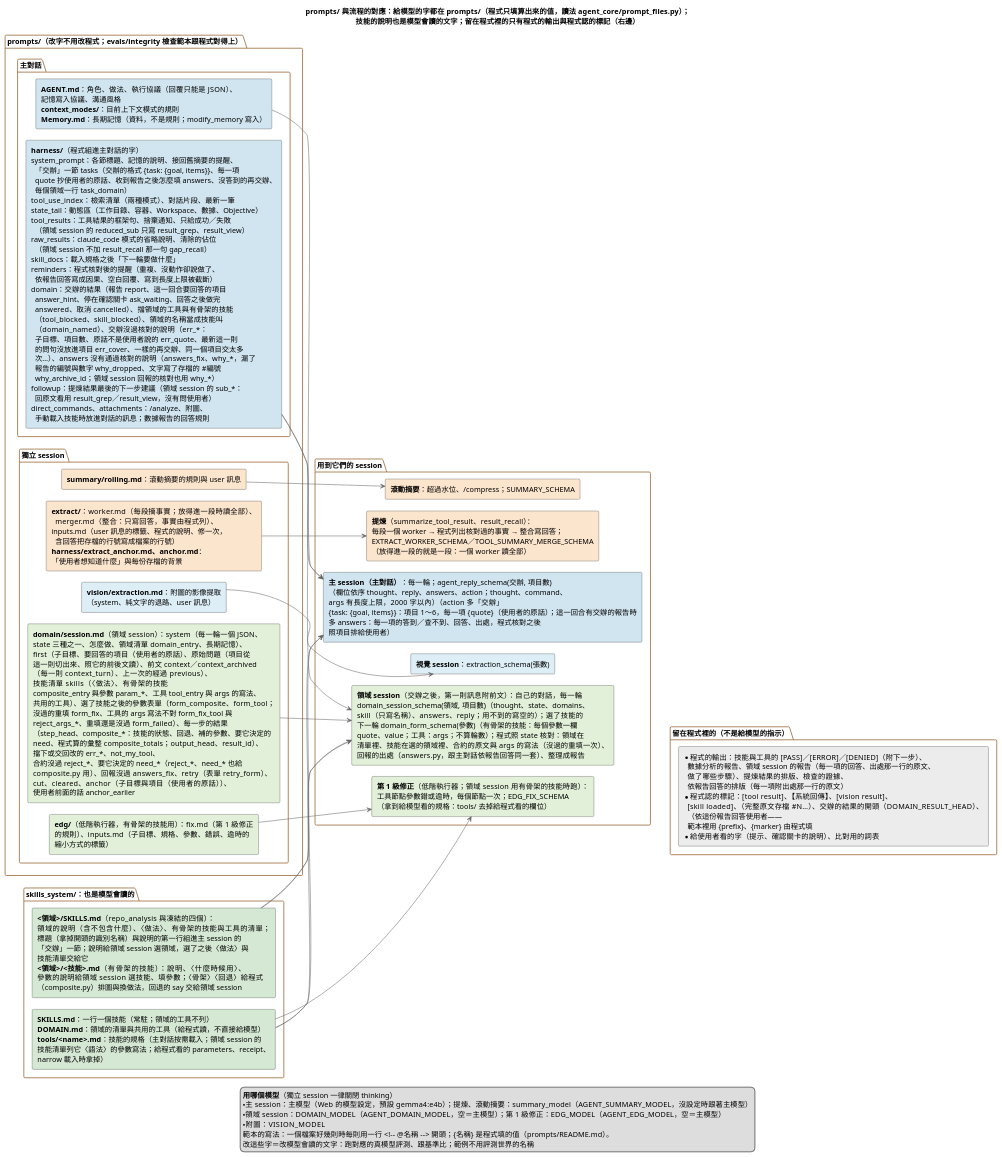
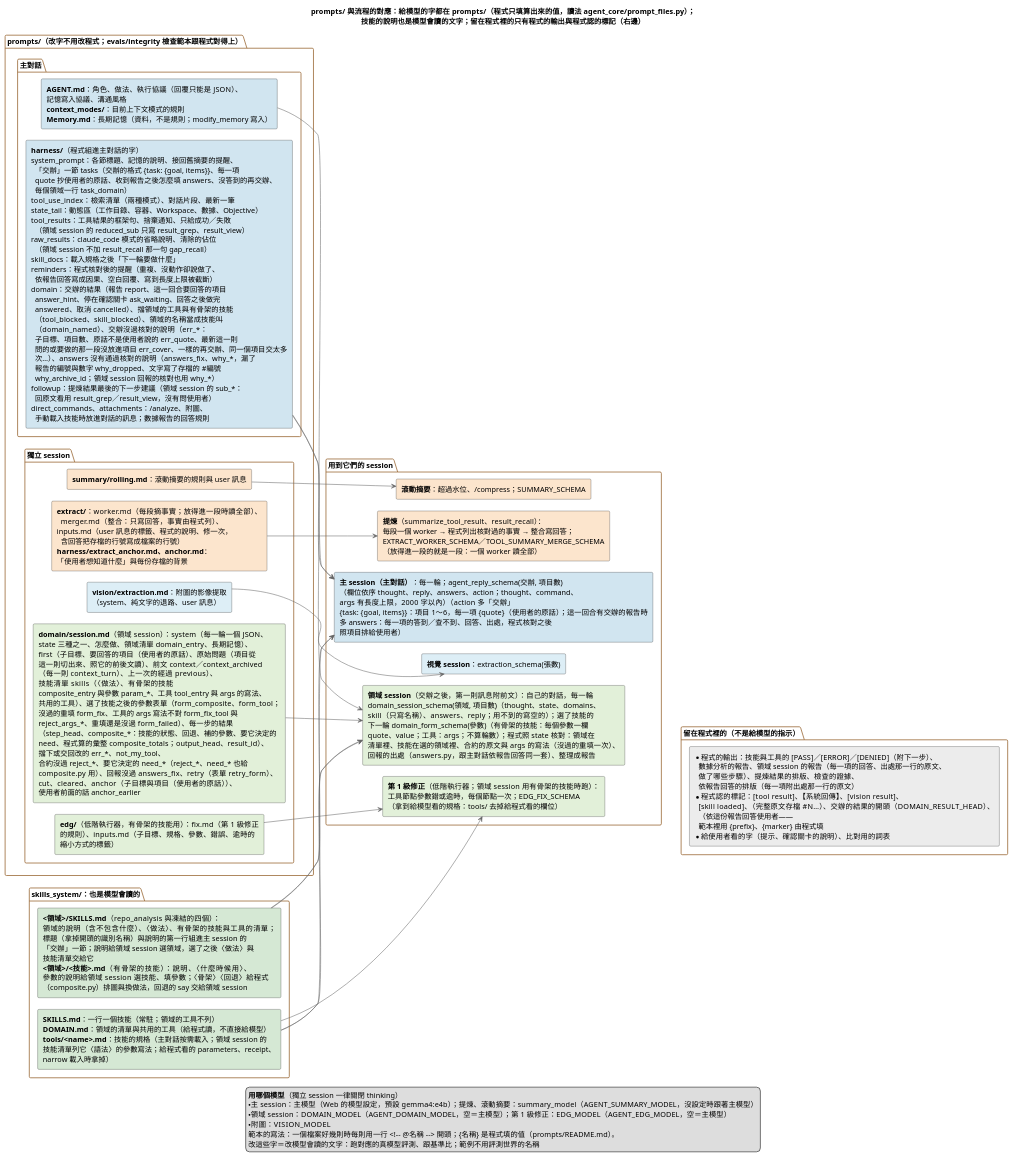
Before and after one commit to DavidZox/Coding_agnet: the diagram in doc/diagrams/prompts與流程的對應.puml, drawn with PlantUML. The commit also changed 22 other files, not shown here.

```diff
--- a/doc/diagrams/prompts與流程的對應.puml
+++ b/doc/diagrams/prompts與流程的對應.puml
@@ -1,190 +1,190 @@
 @startuml
 ' --- 樣式精準控制 ---
 skinparam shadowing false
 skinparam defaultFontName "Microsoft JhengHei"
 skinparam RectangleWidthMax 440
 skinparam PackageBorderColor #996633
 skinparam ArrowColor #666666
 skinparam ranksep 70
 skinparam nodesep 22
 left to right direction
 
 title prompts/ 與流程的對應：給模型的字都在 prompts/（程式只填算出來的值，讀法 agent_core/prompt_files.py）；\n技能的說明也是模型會讀的文字；留在程式裡的只有程式的輸出與程式認的標記（右邊）
 
 package "prompts/（改字不用改程式；evals/integrity 檢查範本跟程式對得上）" {
   package "主對話" {
     rectangle P_AGENT #D1E5F0 [
       **AGENT.md**：角色、做法、執行協議（回覆只能是 JSON）、
       記憶寫入協議、溝通風格
       **context_modes/**：目前上下文模式的規則
       **Memory.md**：長期記憶（資料，不是規則；modify_memory 寫入）
     ]
     rectangle P_HARNESS #D1E5F0 [
       **harness/**（程式組進主對話的字）
       system_prompt：各節標題、記憶的說明、接回舊摘要的提醒、
         「交辦」一節 tasks（交辦的格式 {task: {goal, items}}、每一項
         quote 抄使用者的原話、收到報告之後怎麼填 answers、沒答到的再交辦、
         每個領域一行 task_domain）
       tool_use_index：檢索清單（兩種模式）、對話片段、最新一筆
       state_tail：動態區（工作目錄、容器、Workspace、數據、Objective）
       tool_results：工具結果的框架句、捨棄通知、只給成功／失敗
         （領域 session 的 reduced_sub 只寫 result_grep、result_view）
       raw_results：claude_code 模式的省略說明、清除的佔位
         （領域 session 不加 result_recall 那一句 gap_recall）
       skill_docs：載入規格之後「下一輪要做什麼」
       reminders：程式核對後的提醒（重複、沒動作卻說做了、
         依報告回答寫成因果、空白回覆、寫到長度上限被截斷）
       domain：交辦的結果（報告 report、這一回合要回答的項目
         answer_hint、停在確認關卡 ask_waiting、回答之後做完
         answered、取消 cancelled）、擋領域的工具與有骨架的技能
         （tool_blocked、skill_blocked）、領域的名稱當成技能叫
         （domain_named）、交辦沒過核對的說明（err_*：
         子目標、項目數、原話不是使用者說的 err_quote、最新這一則
-        的問句沒放進項目 err_cover、一樣的再交辦、同一個項目交太多
+        問的或要做的那一段沒放進項目 err_cover、一樣的再交辦、同一個項目交太多
         次…）、answers 沒有通過核對的說明（answers_fix、why_*，漏了
         報告的編號與數字 why_dropped、文字寫了存檔的 #編號
         why_archive_id；領域 session 回報的核對也用 why_*）
       followup：提煉結果最後的下一步建議（領域 session 的 sub_*：
         回原文看用 result_grep／result_view，沒有問使用者）
       direct_commands、attachments：/analyze、附圖、
         手動載入技能時放進對話的訊息；數據報告的回答規則
     ]
   }
   package "獨立 session" {
     rectangle P_SUMMARY #FCE5CD [
       **summary/rolling.md**：滾動摘要的規則與 user 訊息
     ]
     rectangle P_EXTRACT #FCE5CD [
       **extract/**：worker.md（每段摘事實；放得進一段時讀全部）、
         merger.md（整合：只寫回答，事實由程式列）、
       inputs.md（user 訊息的標籤、程式的說明、修一次，
         含回答把存檔的行號寫成檔案的行號）
       **harness/extract_anchor.md、anchor.md**：
       「使用者想知道什麼」與每份存檔的背景
     ]
     rectangle P_VISION #DDEEF6 [
       **vision/extraction.md**：附圖的影像提取
       （system、純文字的退路、user 訊息）
     ]
     rectangle P_EDG #E2F0D9 [
       **edg/**（低階執行器，有骨架的技能用）：fix.md（第 1 級修正
       的規則）、inputs.md（子目標、規格、參數、錯誤、逾時的
       縮小方式的標籤）
     ]
     rectangle P_DOMAIN #E2F0D9 [
       **domain/session.md**（領域 session）：system（每一輪一個 JSON、
       state 三種之一、怎麼做、領域清單 domain_entry、長期記憶）、
       first（子目標、要回答的項目（使用者的原話）、原始問題（項目從
       這一則切出來、照它的前後文讀）、前文 context／context_archived
       （每一則 context_turn）、上一次的經過 previous）、
       技能清單 skills（〈做法〉、有骨架的技能
       composite_entry 與參數 param_*、工具 tool_entry 與 args 的寫法、
       共用的工具）、選了技能之後的參數表單（form_composite、form_tool；
       沒過的重填 form_fix、工具的 args 寫法不對 form_fix_tool 與
       reject_args_*、重填還是沒過 form_failed）、每一步的結果
       （step_head、composite_*：技能的狀態、回退、補的參數、要它決定的
       need、程式算的彙整 composite_totals；output_head、result_id）、
       擋下或交回改的 err_*、not_my_tool、
       合約沒過 reject_*、要它決定的 need_*（reject_*、need_* 也給
       composite.py 用）、回報沒過 answers_fix、retry（表單 retry_form）、
       cut、cleared、anchor（子目標與項目（使用者的原話））、
       使用者前面的話 anchor_earlier
     ]
   }
 }
 
 package "skills_system/：也是模型會讀的" {
   rectangle K_ALL #D5E8D4 [
     **SKILLS.md**：一行一個技能（常駐；領域的工具不列）
     **DOMAIN.md**：領域的清單與共用的工具（給程式讀，不直接給模型）
     **tools/<name>.md**：技能的規格（主對話按需載入；領域 session 的
     技能清單列它〈語法〉的參數寫法；給程式看的 parameters、receipt、
     narrow 載入時拿掉）
   ]
   rectangle K_DOMAIN #D5E8D4 [
     **<領域>/SKILLS.md**（repo_analysis 與凍結的四個）：
     領域的說明（含不包含什麼）、〈做法〉、有骨架的技能與工具的清單；
     標題（拿掉開頭的識別名稱）與說明的第一行組進主 session 的
     「交辦」一節；說明給領域 session 選領域，選了之後〈做法〉與
     技能清單交給它
     **<領域>/<技能>.md**（有骨架的技能）：說明、〈什麼時候用〉、
     參數的說明給領域 session 選技能、填參數；〈骨架〉〈回退〉給程式
     （composite.py）排圖與換做法，回退的 say 交給領域 session
   ]
 }
 
 package "用到它們的 session" {
   rectangle S_MAIN #D1E5F0 [
     **主 session（主對話）**：每一輪；agent_reply_schema(交辦, 項目數)
     （欄位依序 thought、reply、answers、action；thought、command、
     args 有長度上限，2000 字以內）（action 多「交辦」
     {task: {goal, items}}：項目 1～6，每一項 {quote}（使用者的原話）；這一回合有交辦的報告時
     多 answers：每一項的答到／查不到、回答、出處，程式核對之後
     照項目排給使用者）
   ]
   rectangle S_DOMAIN #E2F0D9 [
     **領域 session**（交辦之後，第一則訊息附前文）：自己的對話，每一輪
     domain_session_schema(領域, 項目數)（thought、state、domains、
     skill（只寫名稱）、answers、reply；用不到的寫空的）；選了技能的
     下一輪 domain_form_schema(參數)（有骨架的技能：每個參數一欄
     quote、value；工具：args；不算輪數）；程式照 state 核對：領域在
     清單裡、技能在選的領域裡、合約的原文與 args 的寫法（沒過的重填一次）、
     回報的出處（answers.py，跟主對話依報告回答同一套）、整理成報告
   ]
   rectangle S_SUMMARY #FCE5CD [
     **滾動摘要**：超過水位、/compress；SUMMARY_SCHEMA
   ]
   rectangle S_EXTRACT #FCE5CD [
     **提煉**（summarize_tool_result、result_recall）：
     每段一個 worker → 程式列出核對過的事實 → 整合寫回答；
     EXTRACT_WORKER_SCHEMA／TOOL_SUMMARY_MERGE_SCHEMA
     （放得進一段的就是一段：一個 worker 讀全部）
   ]
   rectangle S_VISION #DDEEF6 [
     **視覺 session**：extraction_schema(張數)
   ]
   rectangle S_EDG #E2F0D9 [
     **第 1 級修正**（低階執行器；領域 session 用有骨架的技能時跑）：
     工具節點參數錯或逾時，每個節點一次；EDG_FIX_SCHEMA
     （拿到給模型看的規格：tools/ 去掉給程式看的欄位）
   ]
 }
 
 package "留在程式裡的（不是給模型的指示）" {
   rectangle C_LIST #ECECEC [
     * 程式的輸出：技能與工具的 [PASS]／[ERROR]／[DENIED]（附下一步）、
       數據分析的報告、領域 session 的報告（每一項的回答、出處那一行的原文、
       做了哪些步驟）、提煉結果的排版、檢查的證據、
       依報告回答的排版（每一項附出處那一行的原文）
     * 程式認的標記：[tool result]、【系統回傳】、[vision result]、
       [skill loaded]、（完整原文存檔 #N…）、交辦的結果的開頭（DOMAIN_RESULT_HEAD）、
       （依這份報告回答使用者——
       範本裡用 {prefix}、{marker} 由程式填
     * 給使用者看的字（提示、確認關卡的說明）、比對用的詞表
   ]
 }
 
 P_AGENT --> S_MAIN
 P_HARNESS --> S_MAIN
 K_ALL --> S_MAIN
 P_SUMMARY --> S_SUMMARY
 P_EXTRACT --> S_EXTRACT
 P_VISION --> S_VISION
 P_EDG --> S_EDG
 K_ALL --> S_EDG
 P_DOMAIN --> S_DOMAIN
 P_HARNESS --> S_DOMAIN
 K_DOMAIN --> S_DOMAIN
 K_ALL --> S_DOMAIN
 K_DOMAIN --> S_MAIN
 S_EDG -[hidden]-> C_LIST
 
 legend bottom
   **用哪個模型**（獨立 session 一律關閉 thinking）
   ・主 session：主模型（Web 的模型設定，預設 gemma4:e4b）；提煉、滾動摘要：summary_model（AGENT_SUMMARY_MODEL，沒設定時跟著主模型）
   ・領域 session：DOMAIN_MODEL（AGENT_DOMAIN_MODEL，空＝主模型）；第 1 級修正：EDG_MODEL（AGENT_EDG_MODEL，空＝主模型）
   ・附圖：VISION_MODEL
   範本的寫法：一個檔案好幾則時每則用一行 <!~-- @名稱 ~--> 開頭；{名稱} 是程式填的值（prompts/README.md）。
   改這些字＝改模型會讀的文字：跑對應的真模型評測、跟基準比；範例不用評測世界的名稱
 endlegend
 @enduml
```
